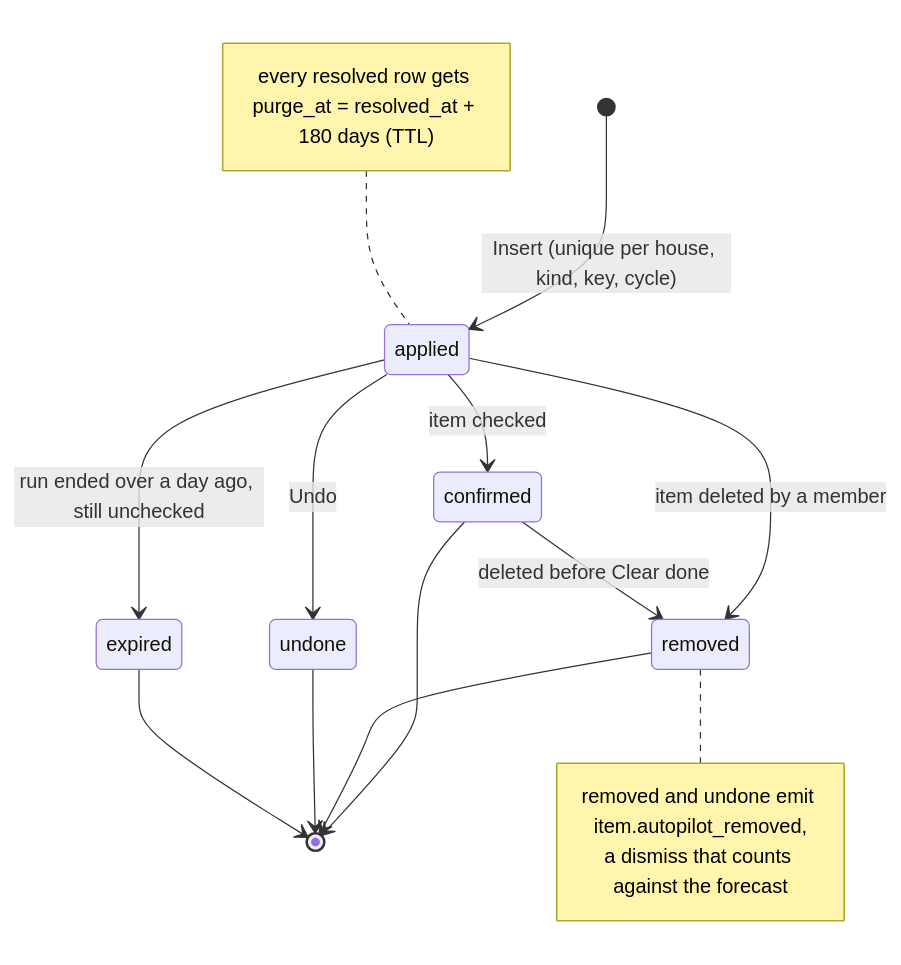
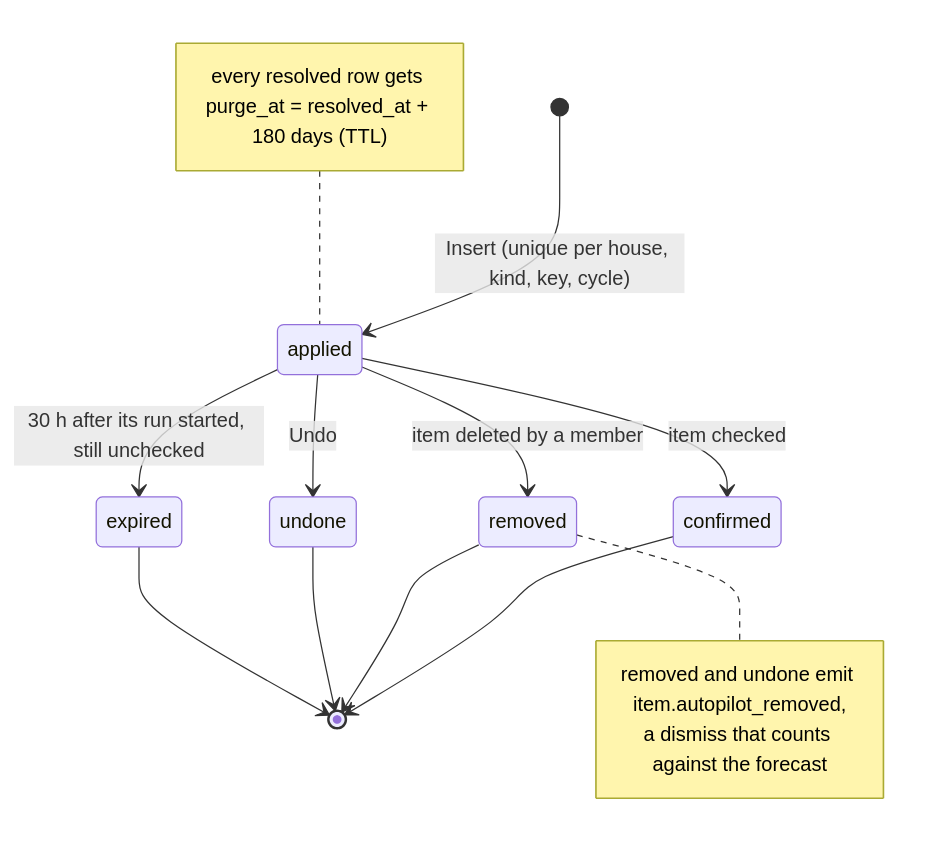
The eighth of 11 diagrams in docs/superpowers/plans/2026-10-17-autopilot-engine.md (janvillarosa/gracie-app), drawn with Mermaid before and after one commit. The commit also changed other lines of this file and 6 other files, not shown here.

````diff
--- a/docs/superpowers/plans/2026-10-17-autopilot-engine.md
+++ b/docs/superpowers/plans/2026-10-17-autopilot-engine.md
@@ -408,20 +412,19 @@
 ```mermaid
 stateDiagram-v2
     [*] --> applied: Insert (unique per house, kind, key, cycle)
     applied --> confirmed: item checked
     applied --> removed: item deleted by a member
     applied --> undone: Undo
-    applied --> expired: run ended over a day ago, still unchecked
-    confirmed --> removed: deleted before Clear done
+    applied --> expired: 30 h after its run started, still unchecked
     confirmed --> [*]
     removed --> [*]
     undone --> [*]
     expired --> [*]
     note right of removed
         removed and undone emit item.autopilot_removed,
         a dismiss that counts against the forecast
     end note
     note left of applied
         every resolved row gets purge_at = resolved_at + 180 days (TTL)
     end note
 ```
````
